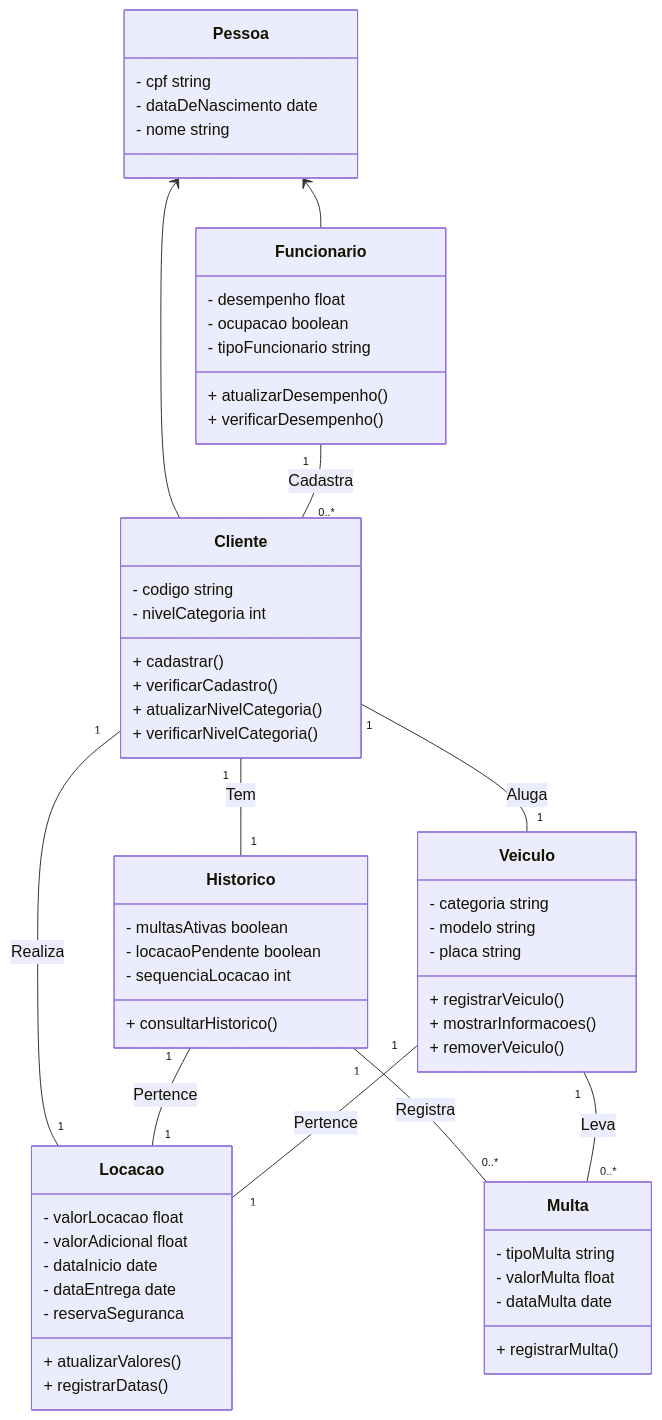
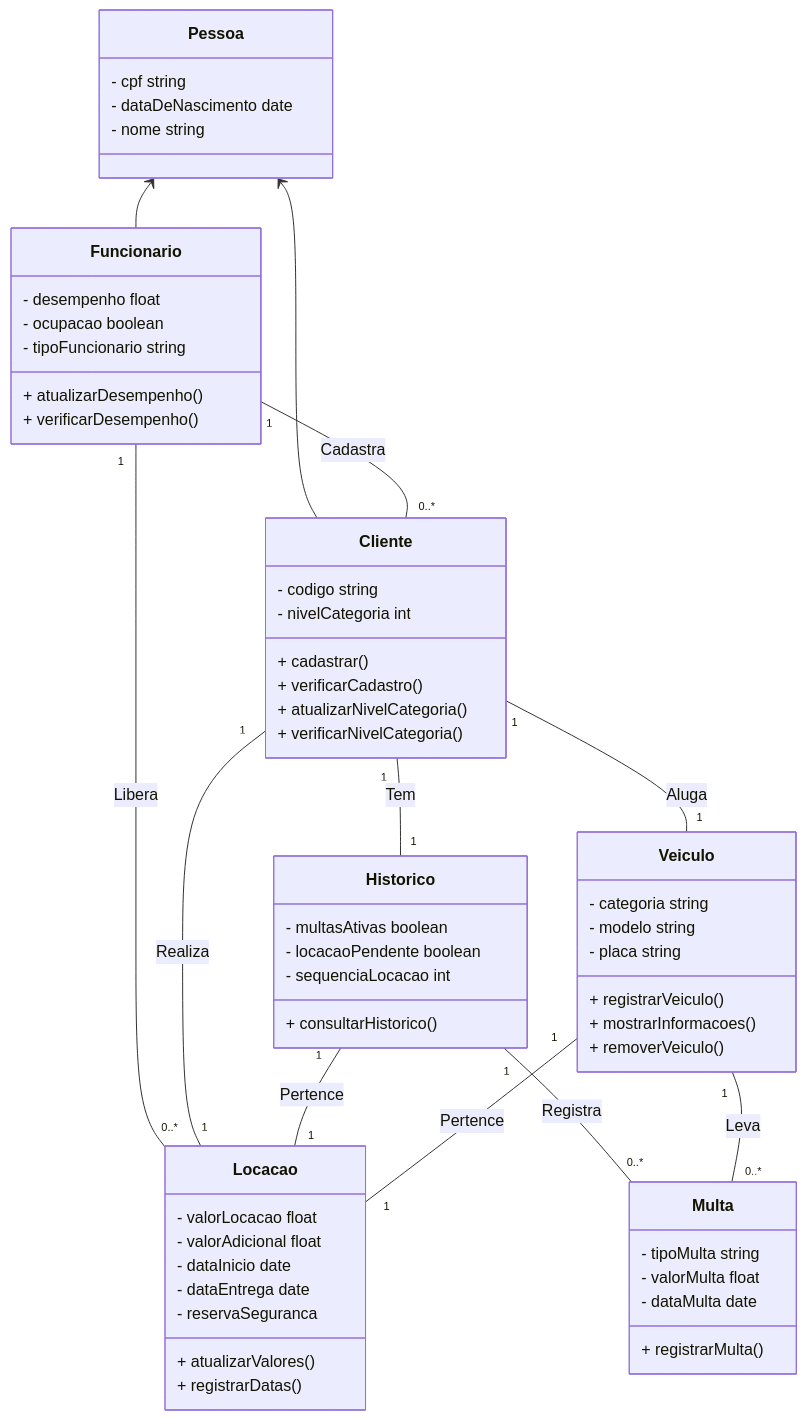
The diagram in README.md (iagorosa28/mod_software), drawn with Mermaid before and after one commit. The commit also changed other lines of this file, not shown here.

````diff
--- a/README.md
+++ b/README.md
@@ -144,69 +89,70 @@
 ```mermaid
 classDiagram
   Pessoa <-- Cliente
   Pessoa <-- Funcionario
   Funcionario "1" -- "0..*" Cliente : Cadastra
+  Funcionario "1" -- "0..*" Locacao : Libera
   Cliente "1" -- "1" Locacao : Realiza
   Cliente "1" -- "1" Veiculo : Aluga
   Cliente "1" -- "1" Historico : Tem
   Historico "1" -- "1" Locacao : Pertence
   Historico "1" -- "0..*" Multa : Registra
   Veiculo "1" -- "1" Locacao : Pertence
   Veiculo "1" -- "0..*" Multa : Leva
 
   class Pessoa{
   - cpf string
   - dataDeNascimento date
   - nome string
   }
 
   class Cliente{
   - codigo string
   - nivelCategoria int
   + cadastrar()
   + verificarCadastro()
   + atualizarNivelCategoria()
   + verificarNivelCategoria()
   }
 
   class Funcionario{
   - desempenho float
   - ocupacao boolean
   - tipoFuncionario string
   + atualizarDesempenho()
   + verificarDesempenho()
   }
 
   class Historico{
   - multasAtivas boolean
   - locacaoPendente boolean
   - sequenciaLocacao int
   + consultarHistorico()
   }
 
   class Locacao{
   - valorLocacao float
   - valorAdicional float
   - dataInicio date
   - dataEntrega date
   - reservaSeguranca
   + atualizarValores()
   + registrarDatas()
   }
 
   class Veiculo{
   - categoria string
   - modelo string
   - placa string
   + registrarVeiculo()
   + mostrarInformacoes()
   + removerVeiculo()
   }
 
   class Multa{
   - tipoMulta string
   - valorMulta float
   - dataMulta date
   + registrarMulta()
   }
 ```
````
